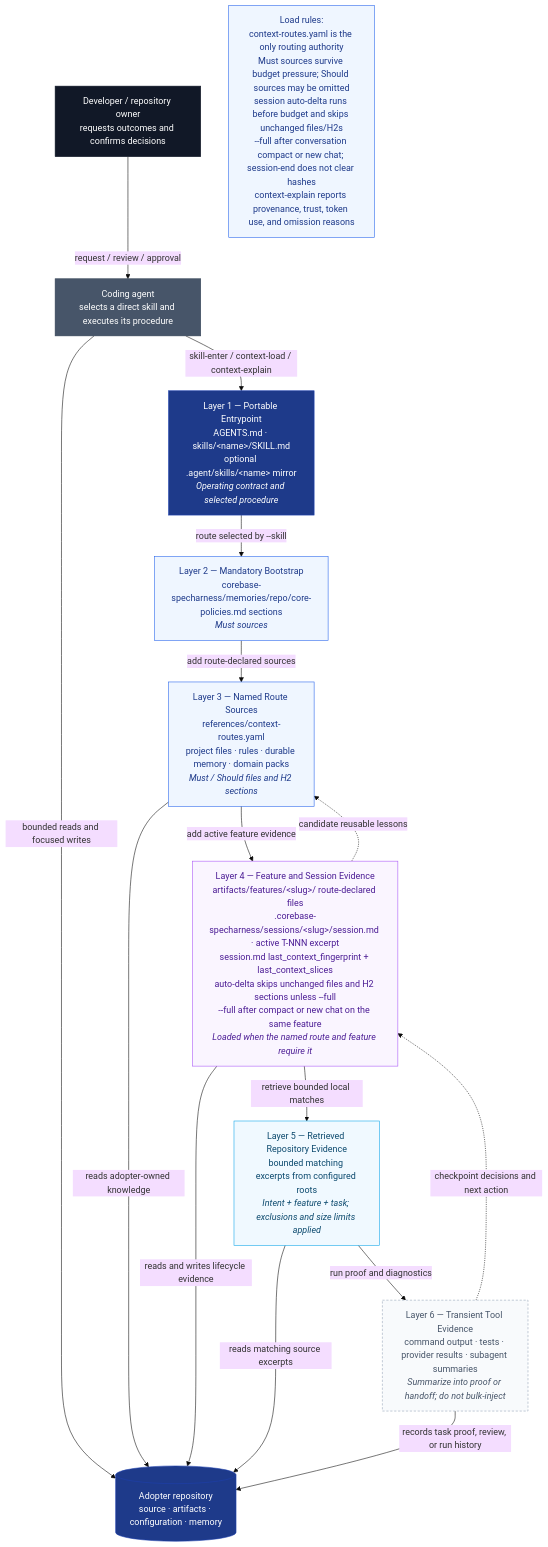
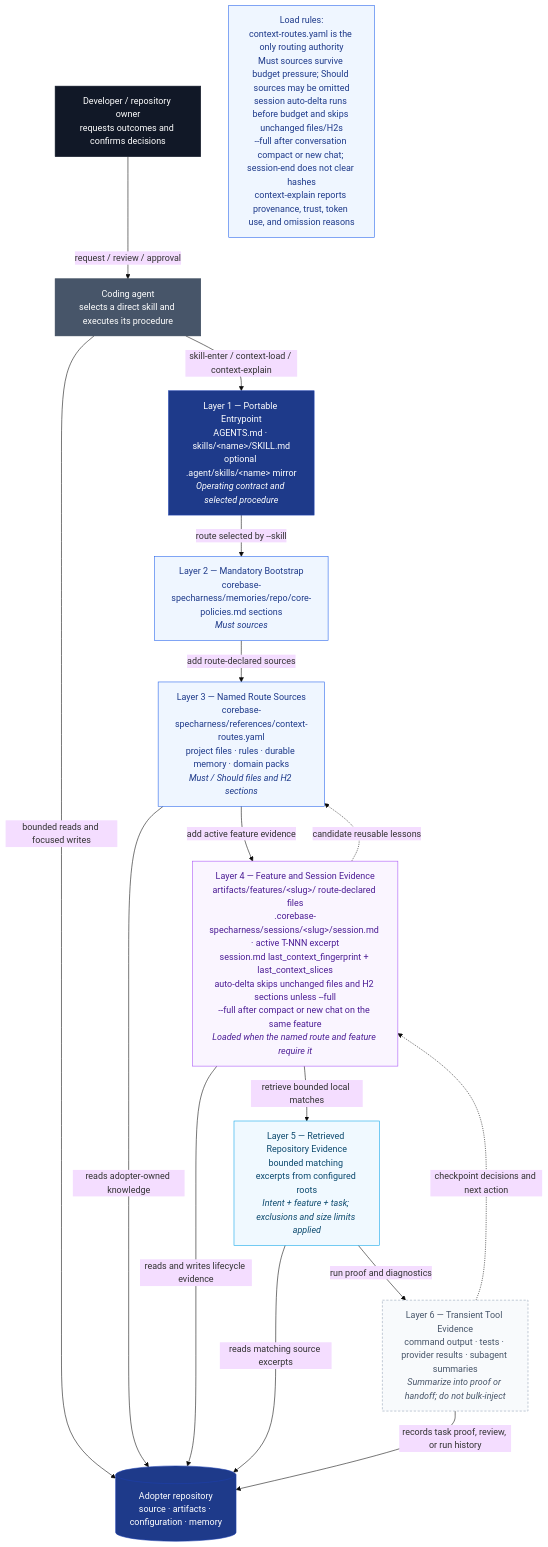
The diagram in documents/diagrams/source/architecture/context-stack.mmd (thaihai-swe/corebase-specharness), drawn with Mermaid (base theme) before and after one commit. The commit also changed 38 other files, not shown here.

First line of the commit message:
Refactor context routing and tool provider references

```diff
--- a/documents/diagrams/source/architecture/context-stack.mmd
+++ b/documents/diagrams/source/architecture/context-stack.mmd
@@ -1,53 +1,53 @@
 flowchart TB
     %% CoreBase SpecHarness Context Stack — implementation authority:
     %% ARCHITECTURE.md §3.2, context_engine.py, context-routes.yaml, harness-config.yaml
     %% Palette: documents/diagrams/source/_shared/palette.md
 
     DEV["Developer / repository owner<br/>requests outcomes and confirms decisions"]:::terminal
     AGENT["Coding agent<br/>selects a direct skill and executes its procedure"]:::agent
     REPO[("Adopter repository<br/>source · artifacts · configuration · memory")]:::host
 
     DEV -->|request / review / approval| AGENT
     AGENT -->|bounded reads and focused writes| REPO
 
     T1["Layer 1 — Portable Entrypoint<br/>AGENTS.md · skills/&lt;name&gt;/SKILL.md<br/>optional .agent/skills/&lt;name&gt; mirror<br/><em>Operating contract and selected procedure</em>"]:::host
     T2["Layer 2 — Mandatory Bootstrap<br/>corebase-specharness/memories/repo/core-policies.md sections<br/><em>Must sources</em>"]:::core
-    T3["Layer 3 — Named Route Sources<br/>references/context-routes.yaml<br/>project files · rules · durable memory · domain packs<br/><em>Must / Should files and H2 sections</em>"]:::core
+    T3["Layer 3 — Named Route Sources<br/>corebase-specharness/references/context-routes.yaml<br/>project files · rules · durable memory · domain packs<br/><em>Must / Should files and H2 sections</em>"]:::core
     T4["Layer 4 — Feature and Session Evidence<br/>artifacts/features/&lt;slug&gt;/ route-declared files<br/>.corebase-specharness/sessions/&lt;slug&gt;/session.md · active T-NNN excerpt<br/>session.md last_context_fingerprint + last_context_slices<br/>auto-delta skips unchanged files and H2 sections unless --full<br/>--full after compact or new chat on the same feature<br/><em>Loaded when the named route and feature require it</em>"]:::memory
     T5["Layer 5 — Retrieved Repository Evidence<br/>bounded matching excerpts from configured roots<br/><em>Intent + feature + task; exclusions and size limits applied</em>"]:::external
     T6["Layer 6 — Transient Tool Evidence<br/>command output · tests · provider results · subagent summaries<br/><em>Summarize into proof or handoff; do not bulk-inject</em>"]:::optional
 
     T1 -->|route selected by --skill| T2
     T2 -->|add route-declared sources| T3
     T3 -->|add active feature evidence| T4
     T4 -->|retrieve bounded local matches| T5
     T5 -->|run proof and diagnostics| T6
 
     AGENT -->|skill-enter / context-load / context-explain| T1
     T3 -->|reads adopter-owned knowledge| REPO
     T4 -->|reads and writes lifecycle evidence| REPO
     T5 -->|reads matching source excerpts| REPO
     T6 -->|records task proof, review, or run history| REPO
 
     T6 -.->|checkpoint decisions and next action| T4
     T4 -.->|candidate reusable lessons| T3
 
     LOAD["Load rules:<br/>context-routes.yaml is the only routing authority<br/>Must sources survive budget pressure; Should sources may be omitted<br/>session auto-delta runs before budget and skips unchanged files/H2s<br/>--full after conversation compact or new chat; session-end does not clear hashes<br/>context-explain reports provenance, trust, token use, and omission reasons"]:::core
 
     classDef terminal fill:#111827,stroke:#111827,color:#fff
     classDef core fill:#eff6ff,stroke:#2563eb,color:#1e3a8a
     classDef gate fill:#ecfdf5,stroke:#16a34a,color:#166534
     classDef decision fill:#fff7ed,stroke:#f59e0b,color:#78350f
     classDef optional fill:#f8fafc,stroke:#94a3b8,color:#475569,stroke-dasharray:4 3
     classDef external fill:#f0f9ff,stroke:#0ea5e9,color:#0c4a6e
     classDef memory fill:#faf5ff,stroke:#a855f7,color:#4c1d95
     classDef host fill:#1e3a8a,stroke:#1e40af,color:#fff
     classDef agent fill:#475569,stroke:#334155,color:#fff
 
     class DEV terminal
     class T2,T3,LOAD core
     class T6 optional
     class T5 external
     class T4 memory
     class T1,REPO host
     class AGENT agent
```
